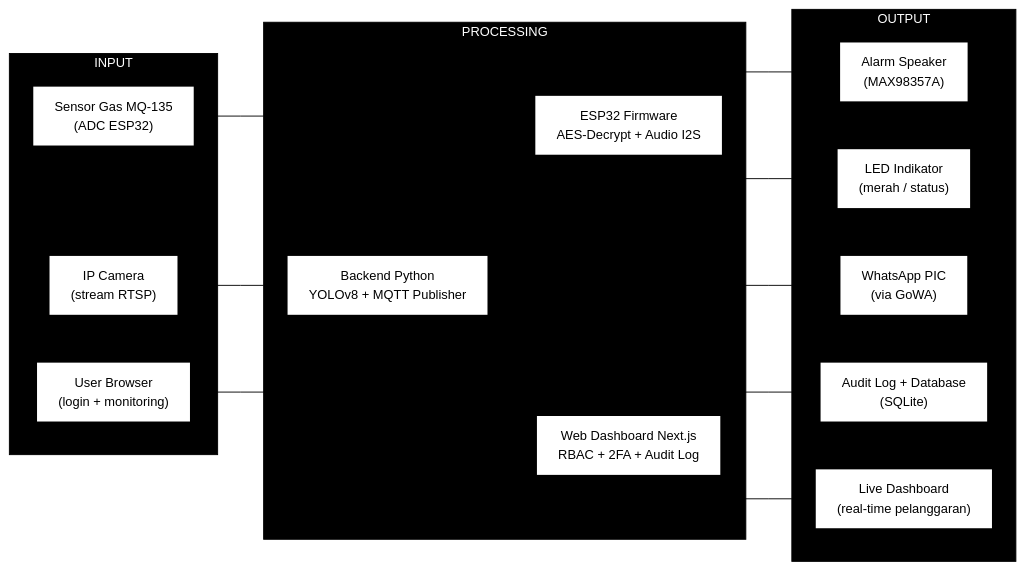
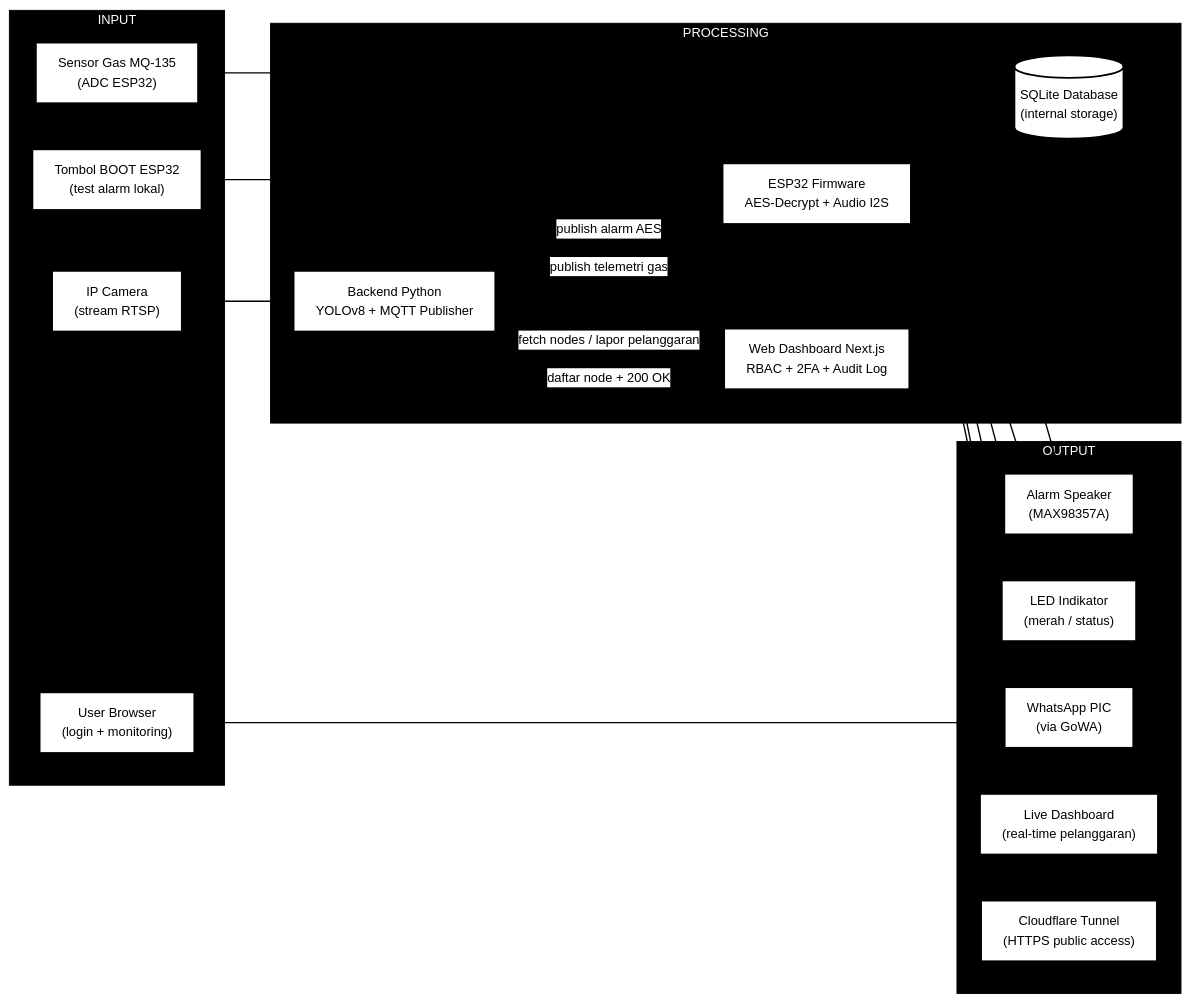
One commit to sitaurs/pbl-ppe changed the first of 4 diagrams in docs/BLOCK-DIAGRAM.md. Above: the diagram before and after it, drawn with Mermaid. The commit also changed other lines of this file and 4 other files, not shown here.

````diff
--- a/docs/BLOCK-DIAGRAM.md
+++ b/docs/BLOCK-DIAGRAM.md
@@ -11,62 +15,76 @@
 ```mermaid
 %%{init: {
   'theme': 'base',
   'themeVariables': {
     'background': '#ffffff',
     'primaryColor': '#ffffff',
     'primaryTextColor': '#000000',
     'primaryBorderColor': '#000000',
     'lineColor': '#000000',
     'secondaryColor': '#ffffff',
     'tertiaryColor': '#ffffff',
     'clusterBkg': '#ffffff',
     'clusterBorder': '#000000',
     'fontFamily': 'Inter, Arial, sans-serif',
     'fontSize': '14px'
   },
   'flowchart': { 'curve': 'linear', 'htmlLabels': true, 'padding': 12 }
 }}%%
 flowchart LR
+
     subgraph INPUT["INPUT"]
         IN1["IP Camera<br/>(stream RTSP)"]
         IN2["Sensor Gas MQ-135<br/>(ADC ESP32)"]
         IN3["User Browser<br/>(login + monitoring)"]
+        IN4["Tombol BOOT ESP32<br/>(test alarm lokal)"]
     end
 
     subgraph PROCESSING["PROCESSING"]
         P1["Backend Python<br/>YOLOv8 + MQTT Publisher"]
         P2["Web Dashboard Next.js<br/>RBAC + 2FA + Audit Log"]
         P3["ESP32 Firmware<br/>AES-Decrypt + Audio I2S"]
+        P4[("SQLite Database<br/>(internal storage)")]
     end
 
     subgraph OUTPUT["OUTPUT"]
         O1["Alarm Speaker<br/>(MAX98357A)"]
         O2["LED Indikator<br/>(merah / status)"]
         O3["WhatsApp PIC<br/>(via GoWA)"]
-        O4["Audit Log + Database<br/>(SQLite)"]
-        O5["Live Dashboard<br/>(real-time pelanggaran)"]
+        O4["Live Dashboard<br/>(real-time pelanggaran)"]
+        O5["Cloudflare Tunnel<br/>(HTTPS public access)"]
     end
 
+    %% Input -> Processing
     IN1 --> P1
     IN2 --> P3
-    IN3 --> P2
+    IN3 --> O5
+    IN4 --> P3
 
-    P1 --> P2
-    P1 --> P3
+    %% Processing internal: Python <-> Dashboard (bidirectional)
+    P1 -->|fetch nodes / lapor pelanggaran| P2
+    P2 -->|daftar node + 200 OK| P1
+
+    %% Dashboard <-> Database (bidirectional read/write)
+    P2 <--> P4
+
+    %% Python <-> ESP32 (publish alarm + telemetri gas via MQTT)
+    P1 -->|publish alarm AES| P3
+    P3 -->|publish telemetri gas| P1
+
+    %% Processing -> Output
     P1 --> O3
     P3 --> O1
     P3 --> O2
     P2 --> O4
     P2 --> O5
+    O5 --> P2
 
-    classDef inputBox fill:#ffffff,stroke:#000000,stroke-width:2px,color:#000000;
-    classDef procBox  fill:#ffffff,stroke:#000000,stroke-width:2px,color:#000000;
-    classDef outBox   fill:#ffffff,stroke:#000000,stroke-width:2px,color:#000000;
-    class IN1,IN2,IN3 inputBox;
-    class P1,P2,P3 procBox;
-    class O1,O2,O3,O4,O5 outBox;
+    classDef whiteBox fill:#ffffff,stroke:#000000,stroke-width:2px,color:#000000;
+    class IN1,IN2,IN3,IN4,P1,P2,P3,P4,O1,O2,O3,O4,O5 whiteBox;
 
     style INPUT fill:#000000,stroke:#000000,color:#ffffff
     style PROCESSING fill:#000000,stroke:#000000,color:#ffffff
     style OUTPUT fill:#000000,stroke:#000000,color:#ffffff
+
+    linkStyle default stroke:#000000,stroke-width:1.5px;
 ```
````
